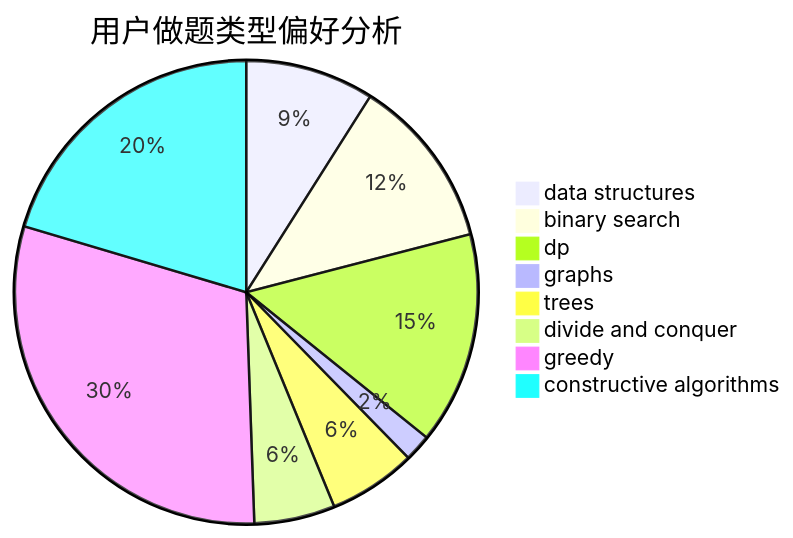
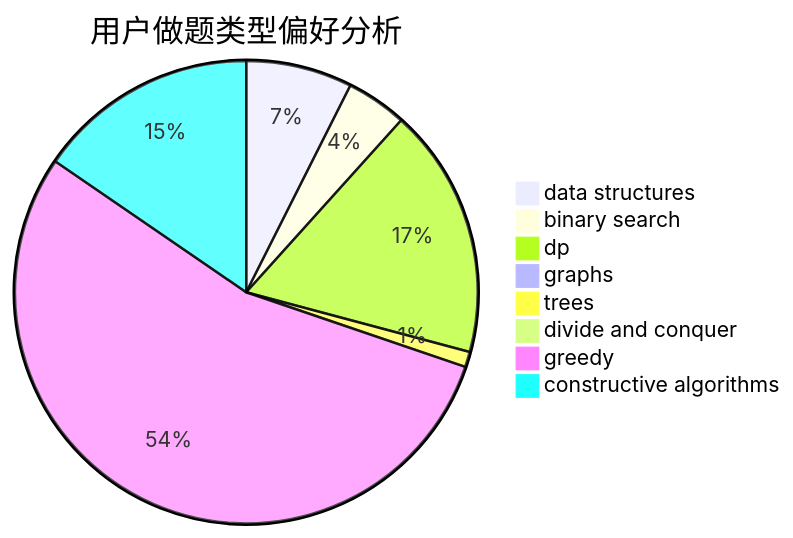
One commit to sherpahu/cfrs.github.io changed the second of 3 diagrams in docs/user/u123.md. Above: the diagram before and after it, drawn with Mermaid. The commit also changed other lines of this file and 2770 other files, not shown here.

````diff
--- a/docs/user/u123.md
+++ b/docs/user/u123.md
@@ -23,11 +23,11 @@
 ```mermaid
 pie title 用户做题类型偏好分析
-    "data structures" :  129
-    "binary search" :  172
-    "dp" :  213
-    "graphs" :  27
-    "trees" :  88
-    "divide and conquer" :  81
-    "greedy" :  433
-    "constructive algorithms" :  293
+    "data structures" :  138
+    "binary search" :  79
+    "dp" :  325
+    "graphs" :  15
+    "trees" :  20
+    "divide and conquer" :  4
+    "greedy" :  1010
+    "constructive algorithms" :  287
 ```
````
